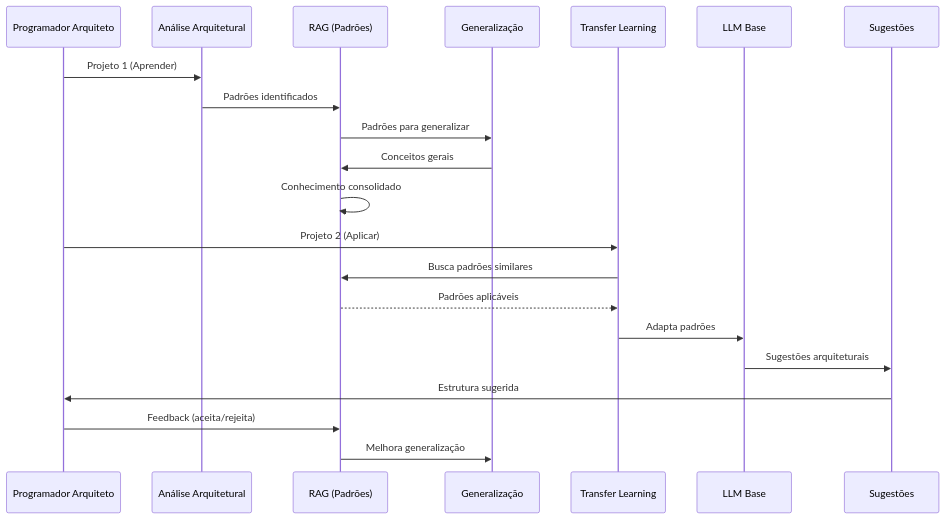
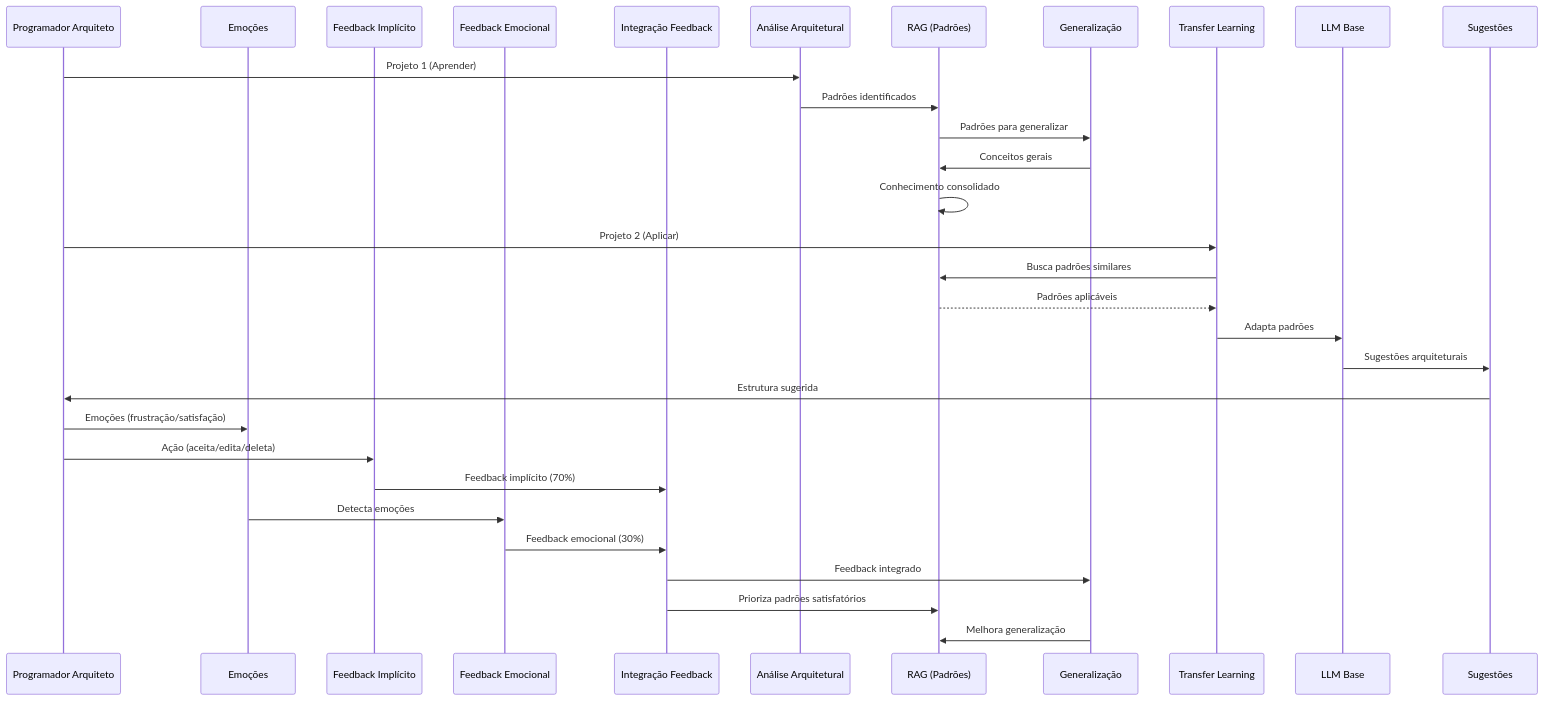
Before and after one commit to gabrielcardoso21/npllm: the second of 2 diagrams in docs/mvp-general-assistant/MVP-GENERAL-CODE-ASSISTANT-2025.md, drawn with Mermaid. The commit also changed other lines of this file, not shown here.

Commit message:
docs: Atualiza MVP com feedback emocional essencial e decisão de começar do zero

````diff
--- a/docs/mvp-general-assistant/MVP-GENERAL-CODE-ASSISTANT-2025.md
+++ b/docs/mvp-general-assistant/MVP-GENERAL-CODE-ASSISTANT-2025.md
@@ -560,26 +806,36 @@
 ```mermaid
 sequenceDiagram
     participant DEV as Programador Arquiteto
+    participant EMOTION as Emoções
+    participant IMPLICIT as Feedback Implícito
+    participant EMOTIONAL as Feedback Emocional
+    participant INTEGRATE as Integração Feedback
     participant ANALYZE as Análise Arquitetural
     participant RAG as RAG (Padrões)
     participant GENERALIZE as Generalização
     participant TRANSFER as Transfer Learning
     participant LLM as LLM Base
     participant SUGGEST as Sugestões
     
     DEV->>ANALYZE: Projeto 1 (Aprender)
     ANALYZE->>RAG: Padrões identificados
     RAG->>GENERALIZE: Padrões para generalizar
     GENERALIZE->>RAG: Conceitos gerais
     RAG->>RAG: Conhecimento consolidado
     
     DEV->>TRANSFER: Projeto 2 (Aplicar)
     TRANSFER->>RAG: Busca padrões similares
     RAG-->>TRANSFER: Padrões aplicáveis
     TRANSFER->>LLM: Adapta padrões
     LLM->>SUGGEST: Sugestões arquiteturais
     SUGGEST->>DEV: Estrutura sugerida
     
-    DEV->>RAG: Feedback (aceita/rejeita)
-    RAG->>GENERALIZE: Melhora generalização
+    DEV->>EMOTION: Emoções (frustração/satisfação)
+    DEV->>IMPLICIT: Ação (aceita/edita/deleta)
+    IMPLICIT->>INTEGRATE: Feedback implícito (70%)
+    EMOTION->>EMOTIONAL: Detecta emoções
+    EMOTIONAL->>INTEGRATE: Feedback emocional (30%)
+    INTEGRATE->>GENERALIZE: Feedback integrado
+    INTEGRATE->>RAG: Prioriza padrões satisfatórios
+    GENERALIZE->>RAG: Melhora generalização
 ```
````
